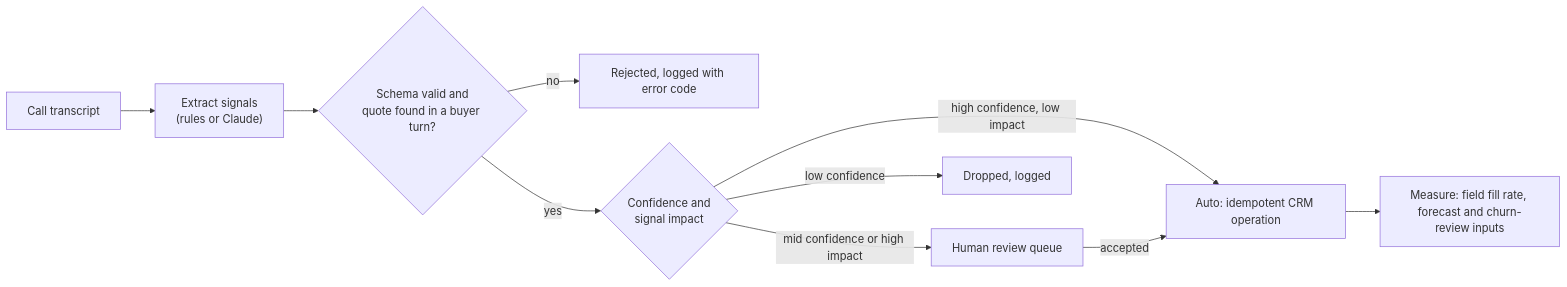
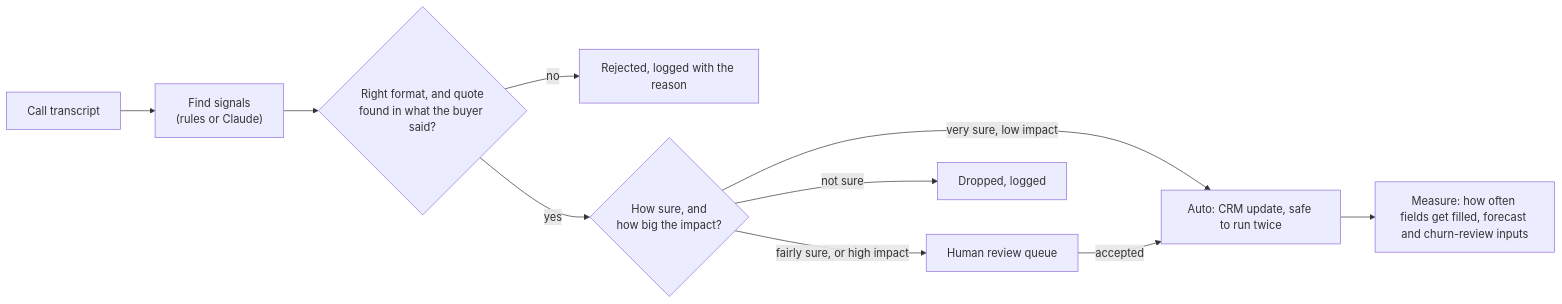
The diagram in projects/conversation-intelligence/README.md (Tamisreal/gtm-systems-engineering), drawn with Mermaid before and after one commit. The commit also changed other lines of this file and 43 other files, not shown here.

First line of the commit message:
Plain-language rewrite; lead with how I think and what I built

````diff
--- a/projects/conversation-intelligence/README.md
+++ b/projects/conversation-intelligence/README.md
@@ -7,12 +7,12 @@
 ```mermaid
 flowchart LR
-    T["Call transcript"] --> X["Extract signals<br/>(rules or Claude)"]
-    X --> V{"Schema valid and<br/>quote found in a buyer turn?"}
-    V -- no --> R["Rejected, logged with error code"]
-    V -- yes --> C{"Confidence and<br/>signal impact"}
-    C -- "high confidence, low impact" --> A["Auto: idempotent CRM operation"]
-    C -- "mid confidence or high impact" --> H["Human review queue"]
-    C -- "low confidence" --> D["Dropped, logged"]
+    T["Call transcript"] --> X["Find signals<br/>(rules or Claude)"]
+    X --> V{"Right format, and quote<br/>found in what the buyer said?"}
+    V -- no --> R["Rejected, logged with the reason"]
+    V -- yes --> C{"How sure, and<br/>how big the impact?"}
+    C -- "very sure, low impact" --> A["Auto: CRM update, safe to run twice"]
+    C -- "fairly sure, or high impact" --> H["Human review queue"]
+    C -- "not sure" --> D["Dropped, logged"]
     H -- accepted --> A
-    A --> M["Measure: field fill rate, forecast and churn-review inputs"]
+    A --> M["Measure: how often fields get filled, forecast and churn-review inputs"]
 ```
````
